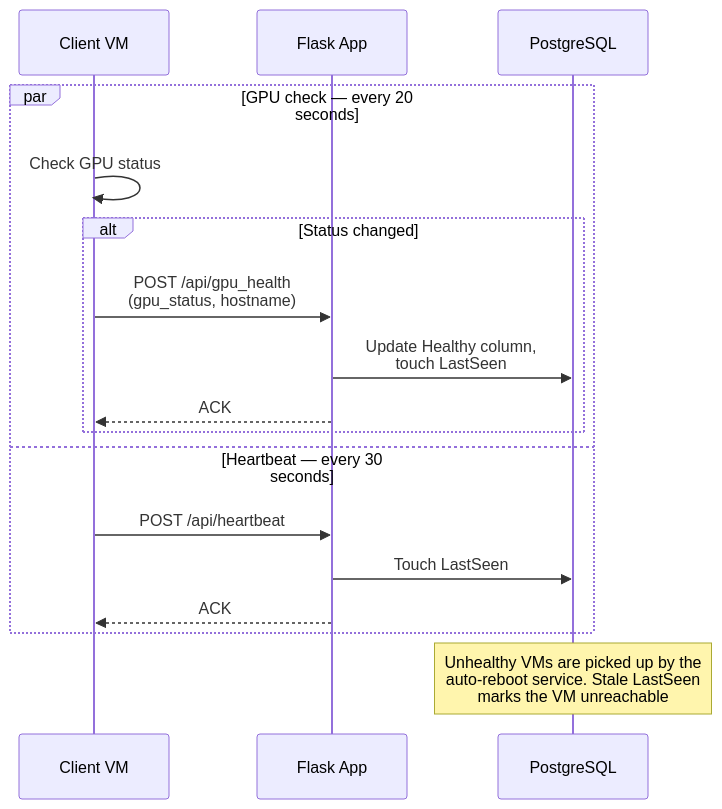
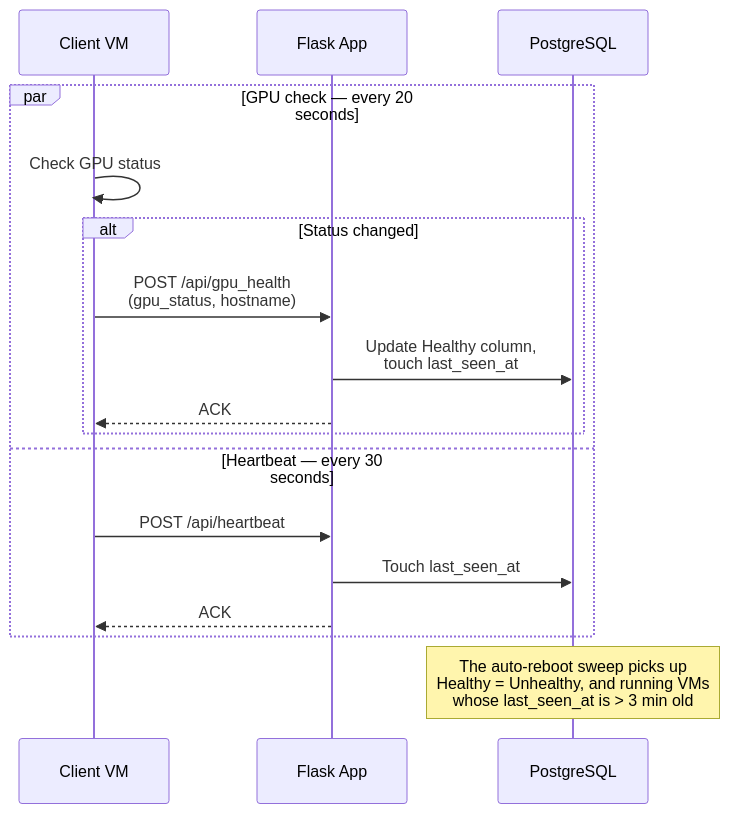
The fourth of 4 diagrams in docs/architecture.md (talmolab/lablink), drawn with Mermaid before and after one commit. The commit also changed other lines of this file and 29 other files, not shown here.

````diff
--- a/docs/architecture.md
+++ b/docs/architecture.md
@@ -437,21 +366,21 @@
 ```mermaid
 sequenceDiagram
     participant Client as Client VM
     participant Flask as Flask App
     participant DB as PostgreSQL
 
     par GPU check — every 20 seconds
         Client->>Client: Check GPU status
         alt Status changed
             Client->>Flask: POST /api/gpu_health<br/>(gpu_status, hostname)
-            Flask->>DB: Update Healthy column,<br/>touch LastSeen
+            Flask->>DB: Update Healthy column,<br/>touch last_seen_at
             Flask-->>Client: ACK
         end
     and Heartbeat — every 30 seconds
         Client->>Flask: POST /api/heartbeat
-        Flask->>DB: Touch LastSeen
+        Flask->>DB: Touch last_seen_at
         Flask-->>Client: ACK
     end
 
-    Note over DB: Unhealthy VMs are picked up by the<br/>auto-reboot service. Stale LastSeen<br/>marks the VM unreachable
+    Note over DB: The auto-reboot sweep picks up<br/>Healthy = Unhealthy, and running VMs<br/>whose last_seen_at is > 3 min old
 ```
````
